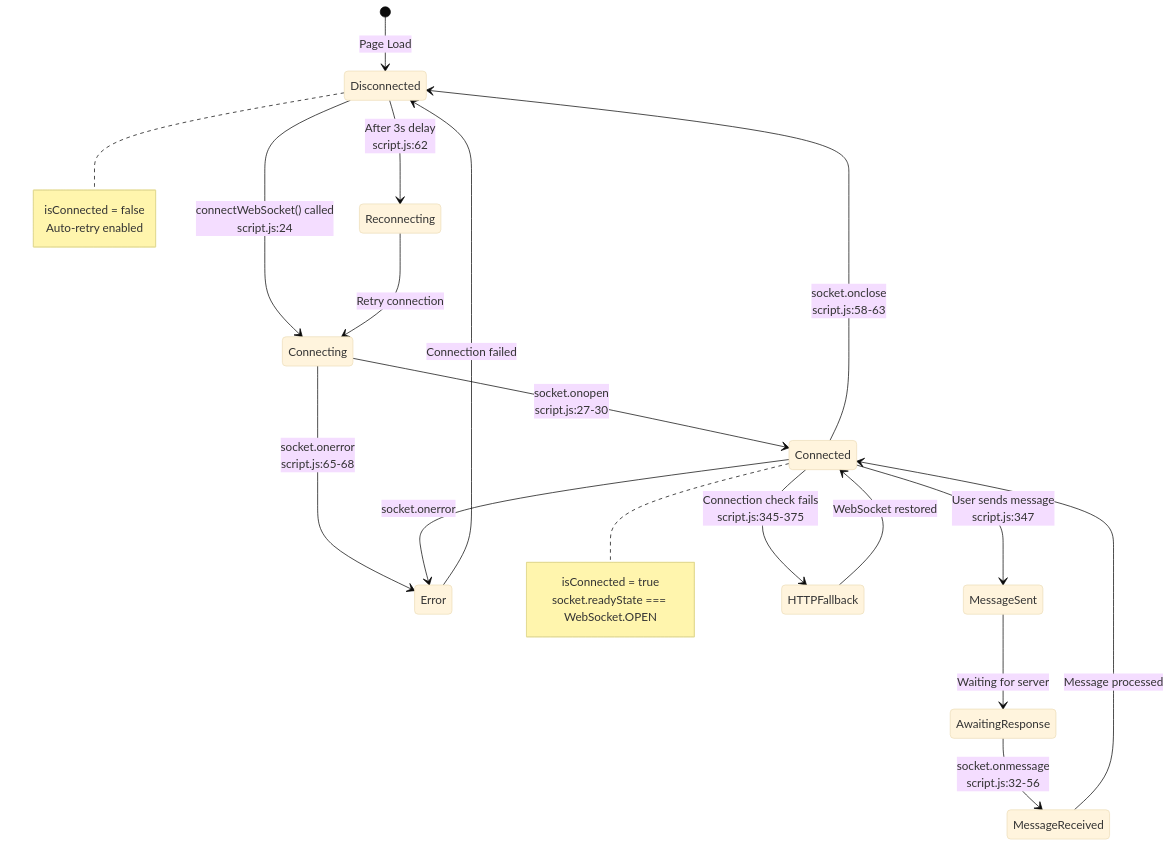
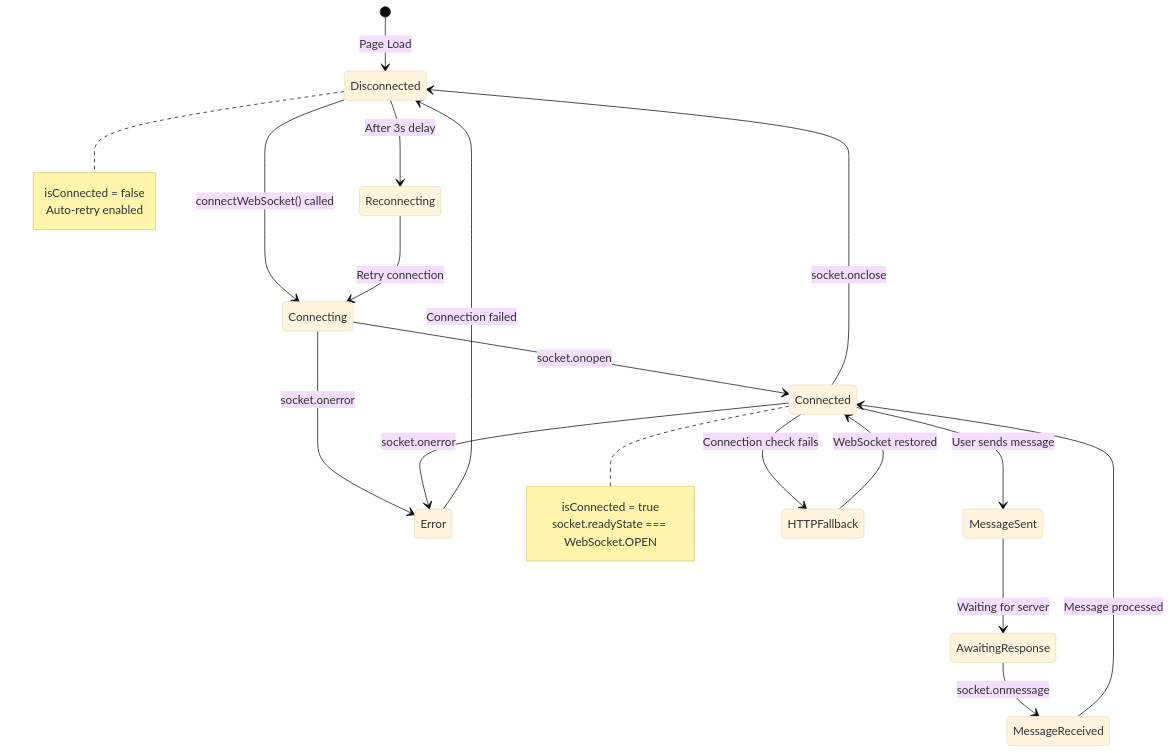
Before and after one commit to LinuxUser255/OllamaMax: the third of 7 diagrams in docs/MERMAID_FLOW_DIAGRAMS.md, drawn with Mermaid (base theme). The commit also changed other lines of this file, not shown here.

First line of the commit message:
fix: Remove HTML br tags from Mermaid diagrams for GitHub compatibility

````diff
--- a/docs/MERMAID_FLOW_DIAGRAMS.md
+++ b/docs/MERMAID_FLOW_DIAGRAMS.md
@@ -216,34 +216,34 @@
 ```mermaid
 stateDiagram-v2
     [*] --> Disconnected: Page Load
     
-    Disconnected --> Connecting: connectWebSocket() called<br/>script.js:24
+    Disconnected --> Connecting: connectWebSocket() called
     
-    Connecting --> Connected: socket.onopen<br/>script.js:27-30
-    Connecting --> Error: socket.onerror<br/>script.js:65-68
+    Connecting --> Connected: socket.onopen
+    Connecting --> Error: socket.onerror
     
-    Connected --> MessageSent: User sends message<br/>script.js:347
-    Connected --> Disconnected: socket.onclose<br/>script.js:58-63
+    Connected --> MessageSent: User sends message
+    Connected --> Disconnected: socket.onclose
     Connected --> Error: socket.onerror
     
     MessageSent --> AwaitingResponse: Waiting for server
-    AwaitingResponse --> MessageReceived: socket.onmessage<br/>script.js:32-56
+    AwaitingResponse --> MessageReceived: socket.onmessage
     MessageReceived --> Connected: Message processed
     
     Error --> Disconnected: Connection failed
-    Disconnected --> Reconnecting: After 3s delay<br/>script.js:62
+    Disconnected --> Reconnecting: After 3s delay
     Reconnecting --> Connecting: Retry connection
     
-    Connected --> HTTPFallback: Connection check fails<br/>script.js:345-375
+    Connected --> HTTPFallback: Connection check fails
     HTTPFallback --> Connected: WebSocket restored
     
     note right of Connected
         isConnected = true
         socket.readyState === WebSocket.OPEN
     end note
     
     note right of Disconnected
         isConnected = false
         Auto-retry enabled
     end note
 ```
````
